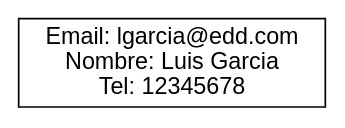
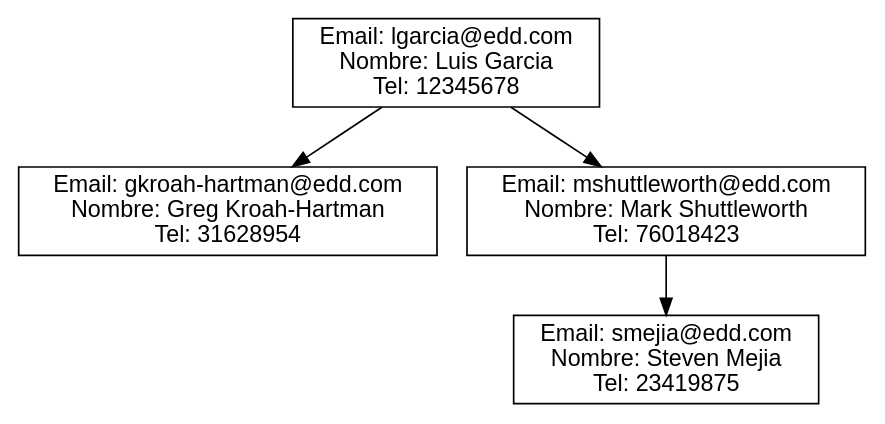
The diagram in Fase2/mitzep-Reportes/contactos_bst.dot (YurySantosGit/-EDD-2S2025_202113318), drawn with Graphviz before and after one commit. The commit also changed 235 other files, not shown here.

```diff
--- a/Fase2/mitzep-Reportes/contactos_bst.dot
+++ b/Fase2/mitzep-Reportes/contactos_bst.dot
@@ -1,4 +1,10 @@
 digraph BST_Contactos {
   node [shape=box, fontname="Helvetica"];
   "lgarcia@edd.com" [label="Email: lgarcia@edd.com\nNombre: Luis Garcia\nTel: 12345678"];
+  "lgarcia@edd.com" -> "gkroah-hartman@edd.com";
+  "lgarcia@edd.com" -> "mshuttleworth@edd.com";
+  "gkroah-hartman@edd.com" [label="Email: gkroah-hartman@edd.com\nNombre: Greg Kroah-Hartman\nTel: 31628954"];
+  "mshuttleworth@edd.com" [label="Email: mshuttleworth@edd.com\nNombre: Mark Shuttleworth\nTel: 76018423"];
+  "mshuttleworth@edd.com" -> "smejia@edd.com";
+  "smejia@edd.com" [label="Email: smejia@edd.com\nNombre: Steven Mejia\nTel: 23419875"];
 }
```
